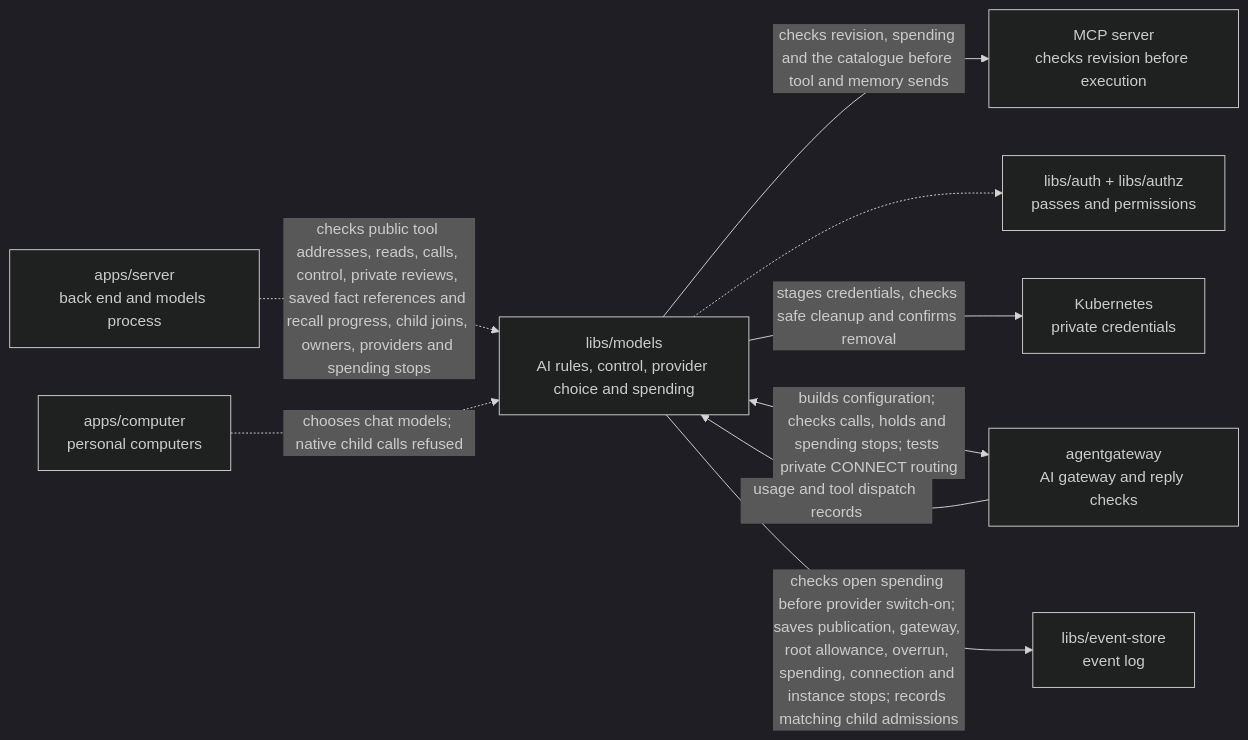
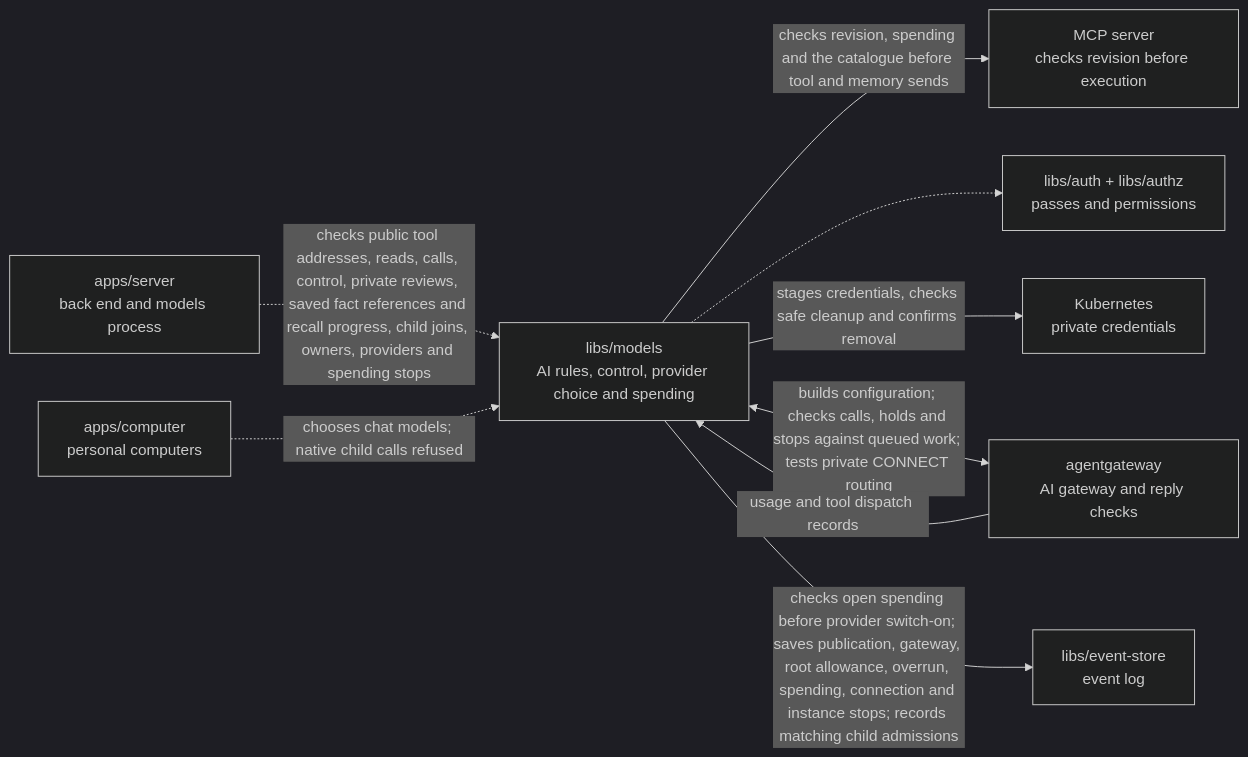
One commit to elewa-git/opencrane-new changed the diagram in libs/models/README.md. Above: the diagram before and after it, drawn with Mermaid (dark theme). The commit also changed other lines of this file and 30 other files, not shown here.

First line of the commit message:
🛑 A spending stop is recorded on every running turn and queued message it affects, and a payer change or a late append never revives stopped work (#399)

````diff
--- a/libs/models/README.md
+++ b/libs/models/README.md
@@ -14,11 +14,11 @@
 ```mermaid
 flowchart LR
   server["apps/server<br/>back end and models process"] -.->|checks public tool addresses, reads, calls, control, private reviews, saved fact references and recall progress, child joins, owners, providers and spending stops| models["libs/models<br/>AI rules, control, provider choice and spending"]
   models -->|checks revision, spending and the catalogue before tool and memory sends| mcp["MCP server<br/>checks revision before execution"]
   computer["apps/computer<br/>personal computers"] -.->|chooses chat models; native child calls refused| models
   models -.-> auth["libs/auth + libs/authz<br/>passes and permissions"]
   models -->|stages credentials, checks safe cleanup and confirms removal| custody["Kubernetes<br/>private credentials"]
-  models <-->|builds configuration; checks calls, holds and spending stops; tests private CONNECT routing| gateway["agentgateway<br/>AI gateway and reply checks"]
+  models <-->|builds configuration; checks calls, holds and stops against queued work; tests private CONNECT routing| gateway["agentgateway<br/>AI gateway and reply checks"]
   gateway -->|usage and tool dispatch records| models
   models -->|checks open spending before provider switch-on; saves publication, gateway, root allowance, overrun, spending, connection and instance stops; records matching child admissions| store["libs/event-store<br/>event log"]
 ```
````
